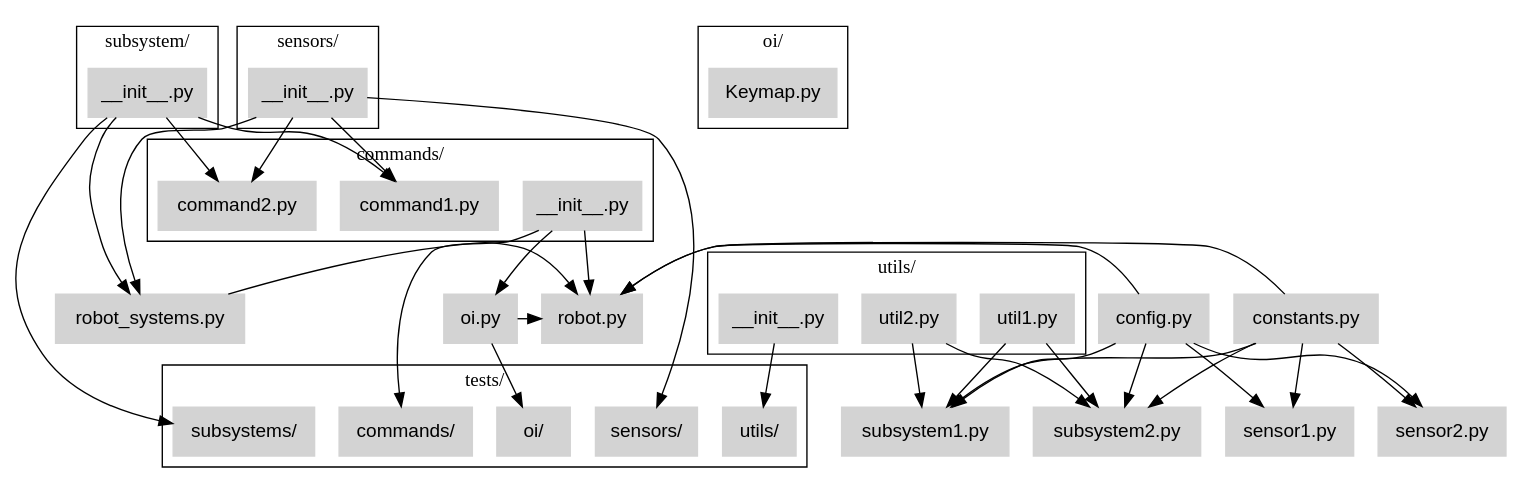
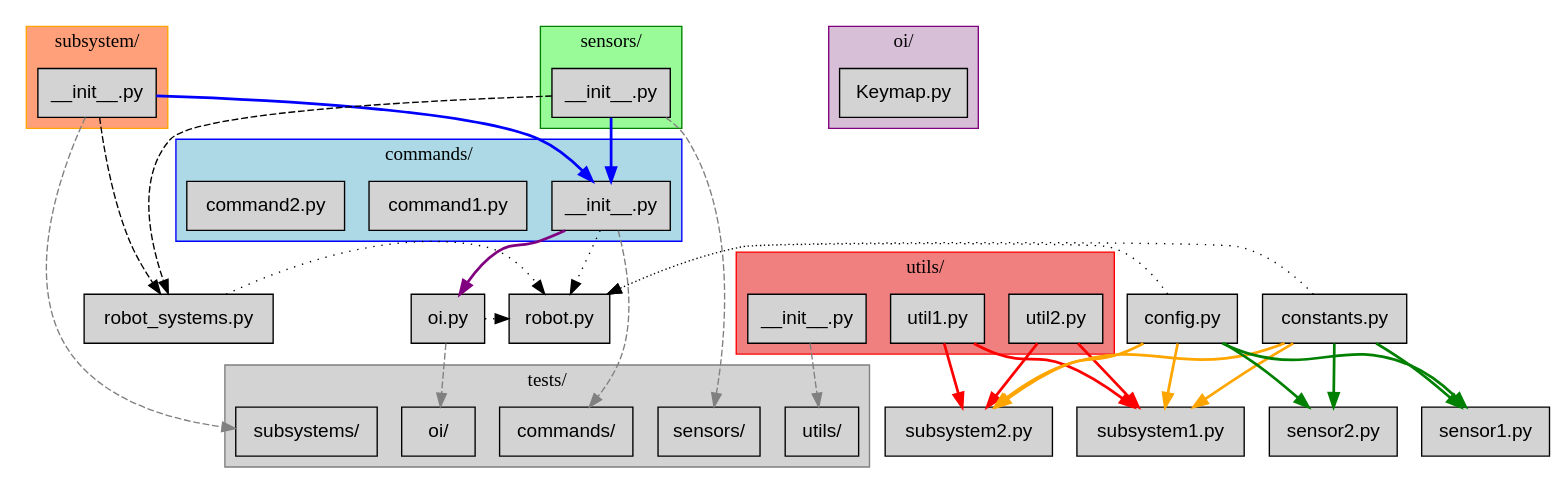
Before and after one commit to Choate-Robotics/Programming-SOPs: the diagram in docs/code/file_structure.rst, drawn with Graphviz.

```diff
--- a/docs/code/file_structure.rst
+++ b/docs/code/file_structure.rst
@@ -9,12 +9,14 @@
 .. graphviz::
 
     digraph file_structure {
-
-        node [shape=box, style=filled, color=lightgrey, fontname=helvetica]
+        node [shape=box, style=filled, fontname=helvetica]
 
         // Clusters for folders
         subgraph cluster_commands {
             label="commands/"
+            color=blue
+            style=filled
+            fillcolor=lightblue
             commands [label="__init__.py"]
             command1_py [label="command1.py"]
             command2_py [label="command2.py"]
@@ -23,6 +25,9 @@
 
         subgraph cluster_subsystems {
             label="subsystem/"
+            color=orange
+            style=filled
+            fillcolor=lightsalmon
             subsystems [label="__init__.py"]
             subsystem1_py [label="subsystem1.py"]
             subsystem2_py [label="subsystem2.py"]
@@ -31,6 +36,9 @@
 
         subgraph cluster_oi {
             label="oi/"
+            color=purple
+            style=filled
+            fillcolor=thistle
             oi_py [label="oi.py"]
             Keymap_py [label="Keymap.py"]
             // Add more example files in the oi folder, if needed
@@ -38,6 +46,9 @@
 
         subgraph cluster_sensors {
             label="sensors/"
+            color=green
+            style=filled
+            fillcolor=palegreen
             sensors [label="__init__.py"]
             sensor1_py [label="sensor1.py"]
             sensor2_py [label="sensor2.py"]
@@ -46,6 +57,9 @@
 
         subgraph cluster_utils {
             label="utils/"
+            color=red
+            style=filled
+            fillcolor=lightcoral
             utils [label="__init__.py"]
             util1_py [label="util1.py"]
             util2_py [label="util2.py"]
@@ -54,6 +68,9 @@
 
         subgraph cluster_tests {
             label="tests/"
+            color=grey
+            style=filled
+            fillcolor=lightgrey
             test_commands [label="commands/"]
             test_subsystems [label="subsystems/"]
             test_oi [label="oi/"]
@@ -68,49 +85,47 @@
         config_py [label="config.py"]
 
         // Subsystem connections
-        constants_py -> subsystem1_py
-        config_py -> subsystem1_py
-        constants_py -> subsystem2_py
-        config_py -> subsystem2_py
+        constants_py -> subsystem1_py [color=orange, style=bold]
+        config_py -> subsystem1_py [color=orange, style=bold]
+        constants_py -> subsystem2_py [color=orange, style=bold]
+        config_py -> subsystem2_py [color=orange, style=bold]
 
         // Sensor connections
-        constants_py -> sensor1_py
-        config_py -> sensor1_py
-        constants_py -> sensor2_py
-        config_py -> sensor2_py
+        constants_py -> sensor1_py [color=green, style=bold]
+        config_py -> sensor1_py [color=green, style=bold]
+        constants_py -> sensor2_py [color=green, style=bold]
+        config_py -> sensor2_py [color=green, style=bold]
 
         // Robot system connections
-        subsystems -> robot_systems_py
-        sensors -> robot_systems_py
+        subsystems -> robot_systems_py [color=black, style=dashed]
+        sensors -> robot_systems_py [color=black, style=dashed]
 
         // Command connections
-        subsystems -> command1_py
-        sensors -> command1_py
-        subsystems -> command2_py
-        sensors -> command2_py
+        subsystems -> commands [color=blue, style=bold]
+        sensors -> commands [color=blue, style=bold]
 
         // OI connections
-        commands -> oi_py
+        commands -> oi_py [color=purple, style=bold]
 
         // Utils connections
-        util1_py -> subsystem1_py
-        util2_py -> subsystem1_py
-        util1_py -> subsystem2_py
-        util2_py -> subsystem2_py
+        util1_py -> subsystem1_py [color=red, style=bold]
+        util2_py -> subsystem1_py [color=red, style=bold]
+        util1_py -> subsystem2_py [color=red, style=bold]
+        util2_py -> subsystem2_py [color=red, style=bold]
 
         // Test connections
-        commands -> test_commands
-        subsystems -> test_subsystems
-        oi_py -> test_oi
-        sensors -> test_sensors
-        utils -> test_utils
+        commands -> test_commands [color=grey, style=dashed]
+        subsystems -> test_subsystems [color=grey, style=dashed]
+        oi_py -> test_oi [color=grey, style=dashed]
+        sensors -> test_sensors [color=grey, style=dashed]
+        utils -> test_utils [color=grey, style=dashed]
 
         // Robot connections
-        constants_py -> robot_py
-        config_py -> robot_py
-        oi_py -> robot_py
-        robot_systems_py -> robot_py
-        commands -> robot_py
+        constants_py -> robot_py [color=black, style=dotted]
+        config_py -> robot_py [color=black, style=dotted]
+        oi_py -> robot_py [color=black, style=dotted]
+        robot_systems_py -> robot_py [color=black, style=dotted]
+        commands -> robot_py [color=black, style=dotted]
 
         // Adjust alignment and spacing
         {rank=same; subsystem1_py; subsystem2_py}
```
